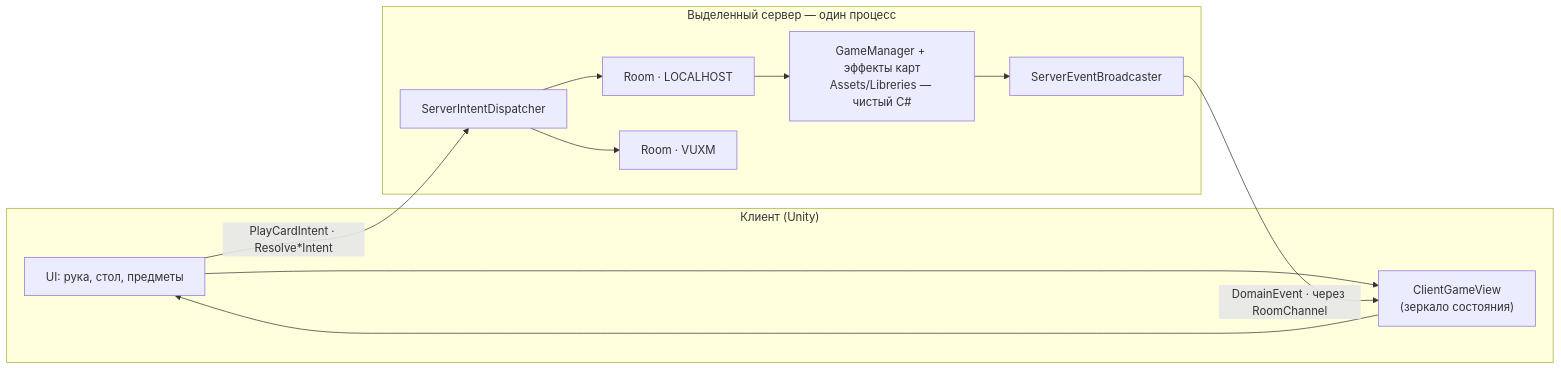
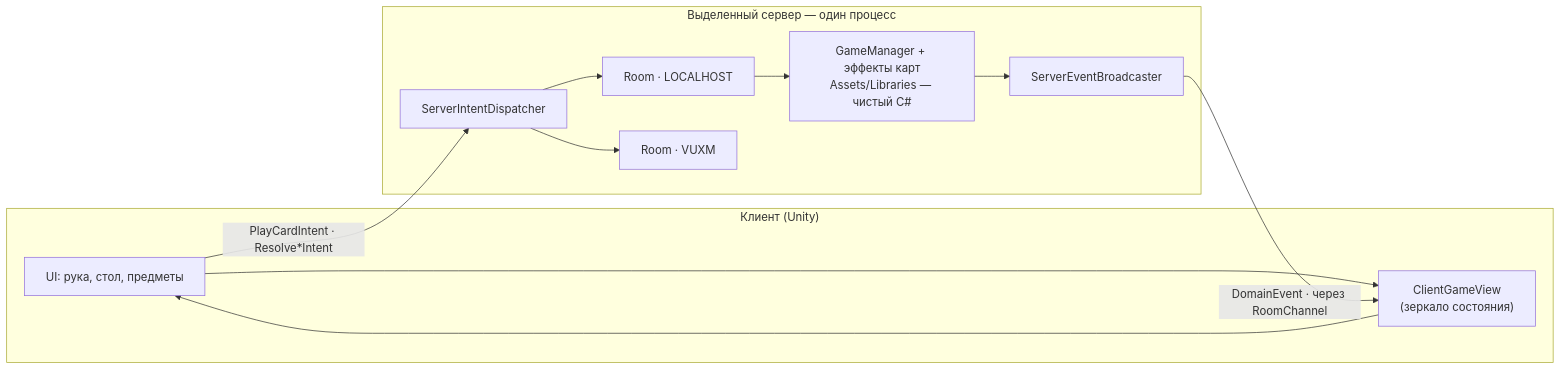
The diagram in README.md (Geckonda/ScaryTalesUnity), drawn with Mermaid before and after one commit. The commit also changed other lines of this file and 188 other files, not shown here.

Commit message:
chore: убрать мёртвый код и переименовать Libreries в Libraries

````diff
--- a/README.md
+++ b/README.md
@@ -183,15 +183,15 @@
 ```mermaid
 flowchart LR
   subgraph Client["Клиент (Unity)"]
     UI["UI: рука, стол, предметы"] --> CV["ClientGameView<br/>(зеркало состояния)"]
     CV --> UI
   end
   subgraph Server["Выделенный сервер — один процесс"]
     D["ServerIntentDispatcher"] --> R1["Room · LOCALHOST"]
     D --> R2["Room · VUXM"]
-    R1 --> E["GameManager + эффекты карт<br/>Assets/Libreries — чистый C#"]
+    R1 --> E["GameManager + эффекты карт<br/>Assets/Libraries — чистый C#"]
     E --> B["ServerEventBroadcaster"]
   end
   UI -- "PlayCardIntent · Resolve*Intent" --> D
   B -- "DomainEvent · через RoomChannel" --> CV
 ```
````
